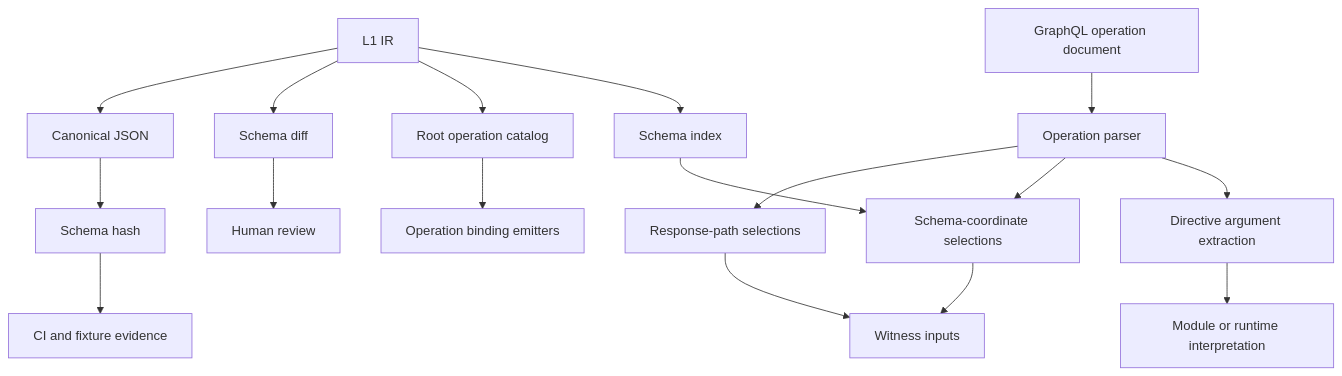
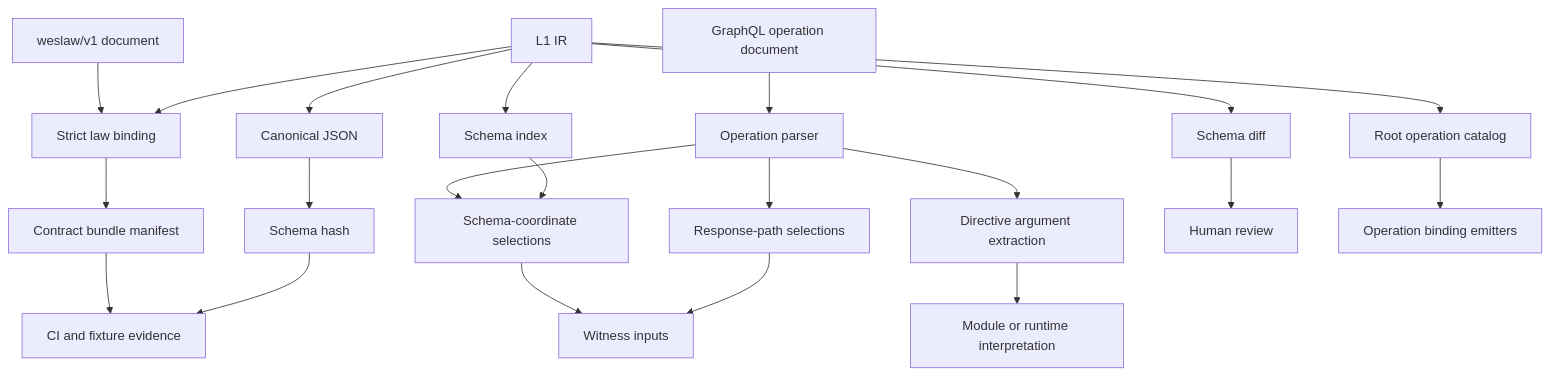
Before and after one commit to flyingrobots/wesley: the ninth of 24 diagrams in docs/END_TO_END.md, drawn with Mermaid. The commit also changed other lines of this file and 17 other files, not shown here.

Commit message:
feat(weslaw): add canonical law hashes

````diff
--- a/docs/END_TO_END.md
+++ b/docs/END_TO_END.md
@@ -422,21 +425,25 @@
 ```mermaid
 flowchart TD
     IR[L1 IR] --> Canonical[Canonical JSON]
     Canonical --> Hash[Schema hash]
     IR --> Delta[Schema diff]
     IR --> RootOps[Root operation catalog]
+    IR --> LawBind[Strict law binding]
+    LawDoc[weslaw/v1 document] --> LawBind
+    LawBind --> LawManifest[Contract bundle manifest]
 
     Operation[GraphQL operation document] --> OpParse[Operation parser]
     OpParse --> ResponsePaths[Response-path selections]
     IR --> SchemaIndex[Schema index]
     SchemaIndex --> SchemaCoords[Schema-coordinate selections]
     OpParse --> SchemaCoords
     OpParse --> DirectiveArgs[Directive argument extraction]
 
     Hash --> CI[CI and fixture evidence]
+    LawManifest --> CI
     Delta --> Review[Human review]
     RootOps --> Emitters[Operation binding emitters]
     ResponsePaths --> Witness[Witness inputs]
     SchemaCoords --> Witness
     DirectiveArgs --> Module[Module or runtime interpretation]
 ```
````
